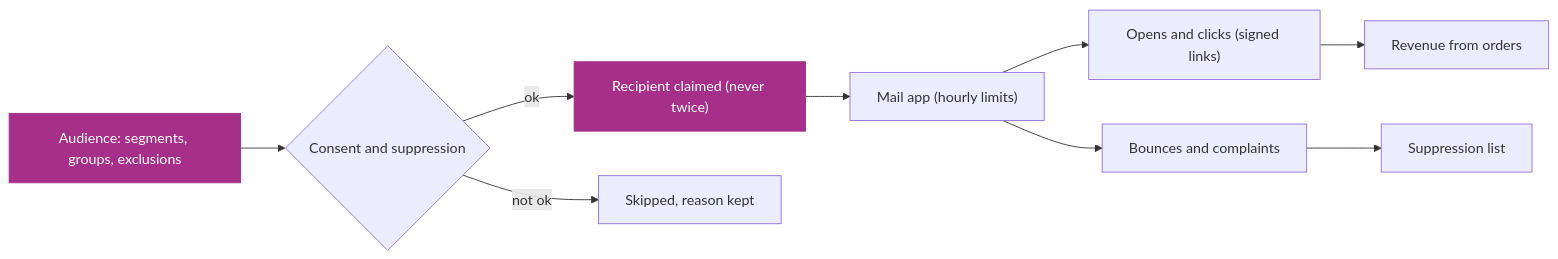
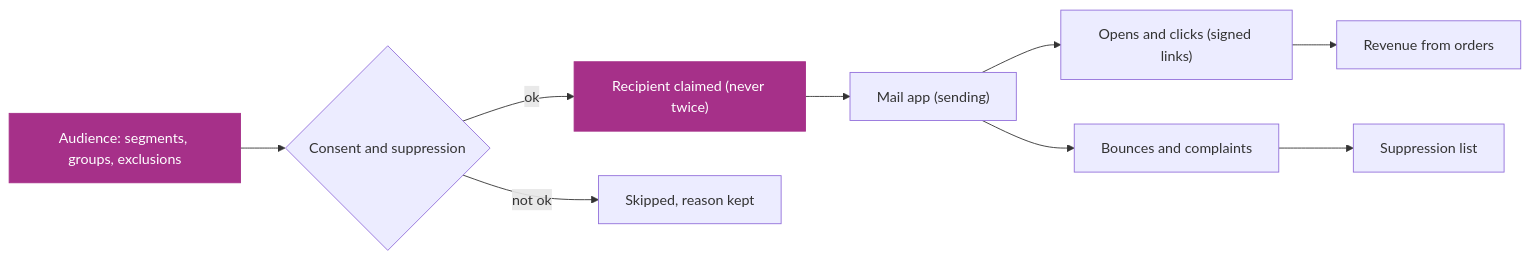
One commit to CBFerrum/ferrum-app-campaigns changed the first of 2 diagrams in README.md. Above: the diagram before and after it, drawn with Mermaid. The commit also changed other lines of this file, not shown here.

````diff
--- a/README.md
+++ b/README.md
@@ -193,13 +193,13 @@
 ```mermaid
 flowchart LR
     AUD["Audience: segments, groups, exclusions"] --> CON{"Consent and suppression"}
     CON -->|ok| CL["Recipient claimed (never twice)"]
     CON -->|not ok| SK["Skipped, reason kept"]
-    CL --> MAIL["Mail app (hourly limits)"]
+    CL --> MAIL["Mail app (sending)"]
     MAIL --> TR["Opens and clicks (signed links)"]
     MAIL --> BN["Bounces and complaints"]
     BN --> SUP["Suppression list"]
     TR --> REV["Revenue from orders"]
     classDef app fill:#a63089,color:#fff,stroke:#a63089
     class AUD,CL app
 ```
````
